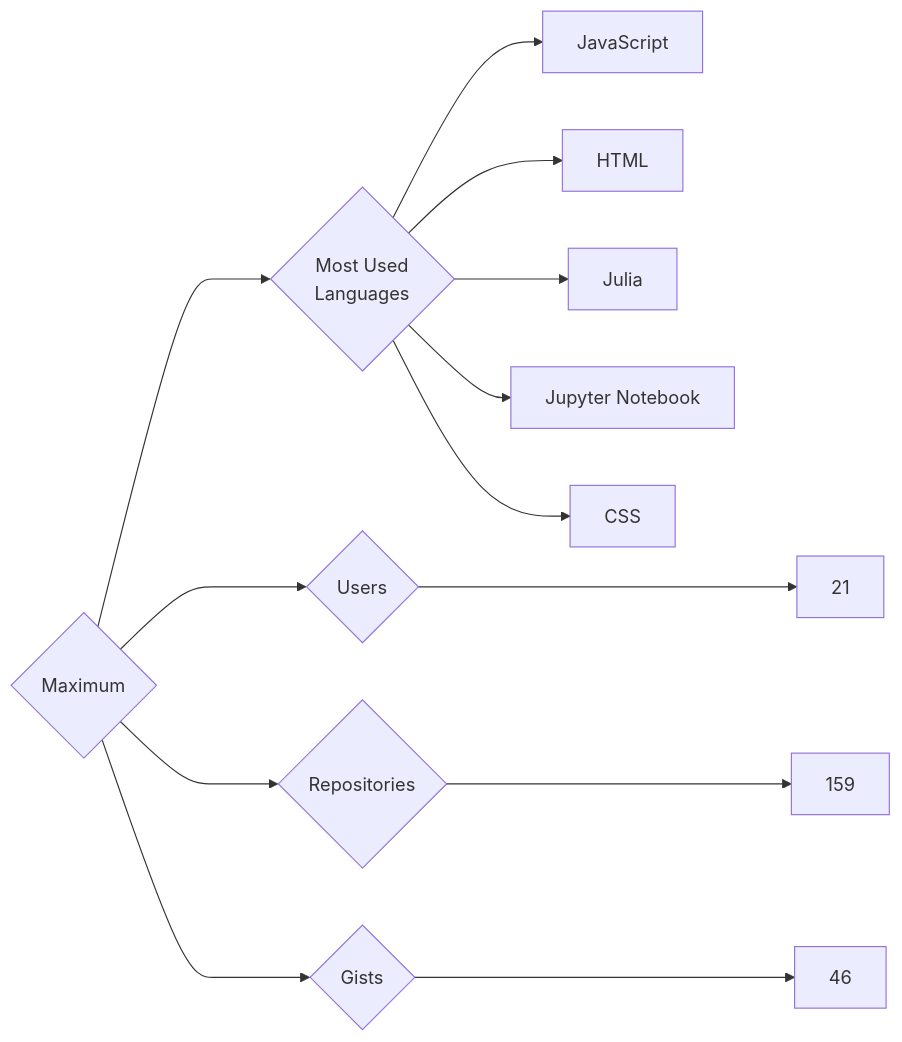
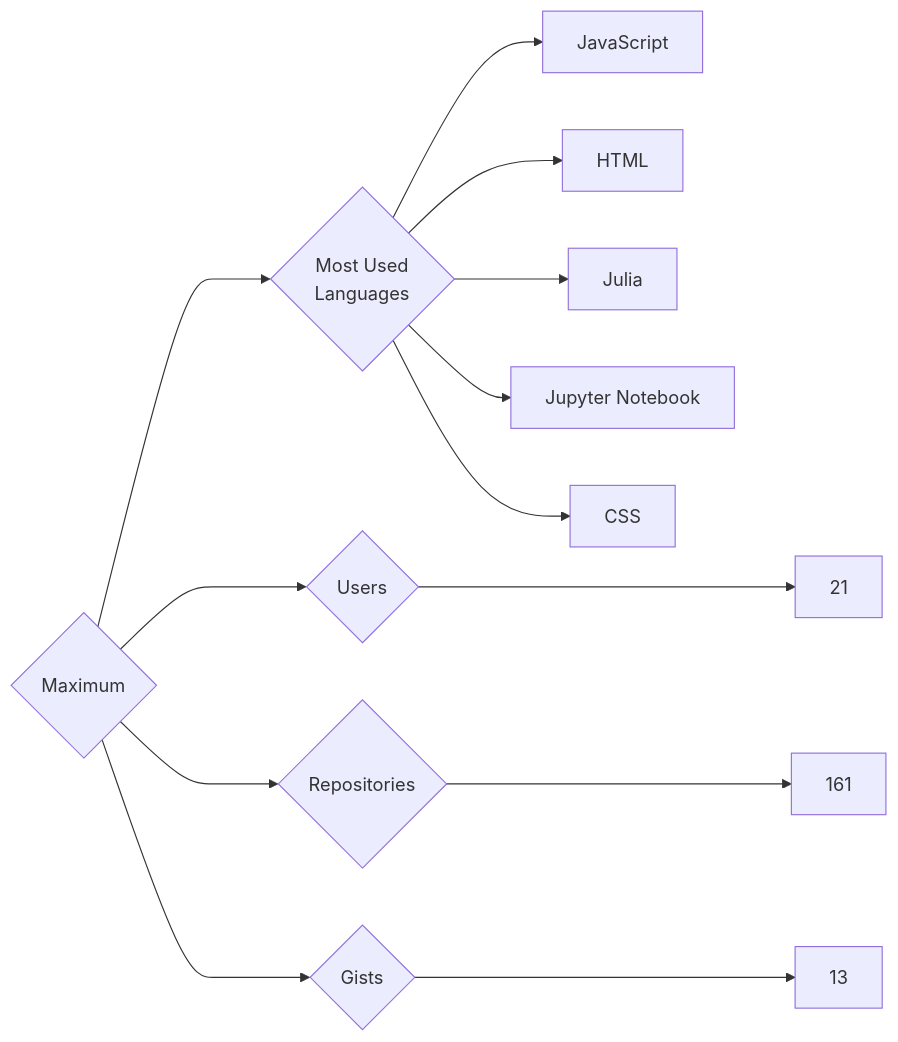
The diagram in targets/Maximum/README.md (trickest/insiders), drawn with Mermaid before and after one commit. The commit also changed 806 other files, not shown here.

````diff
--- a/targets/Maximum/README.md
+++ b/targets/Maximum/README.md
@@ -3,13 +3,13 @@
 ```mermaid
 graph LR
 COMPANY_NAME{Maximum}
 COMPANY_NAME ---> U{Users} ---> UN[21]
-COMPANY_NAME ---> R{Repositories} ---> RN[159]
-COMPANY_NAME ---> G{Gists} ---> GN[46]
+COMPANY_NAME ---> R{Repositories} ---> RN[161]
+COMPANY_NAME ---> G{Gists} ---> GN[13]
 COMPANY_NAME ---> ML{Most Used<br>Languages}
 ML --> JavaScript[JavaScript]
 ML --> HTML[HTML]
 ML --> Julia[Julia]
 ML --> Jupyter_Notebook[Jupyter Notebook]
 ML --> CSS[CSS]
 ```
````
